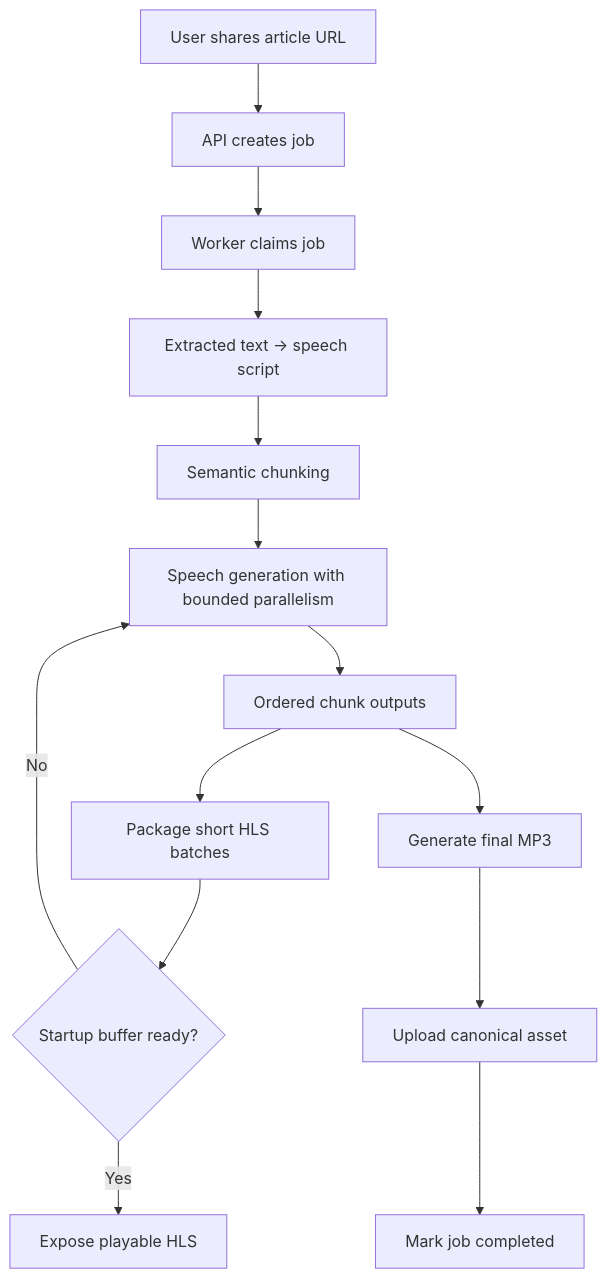
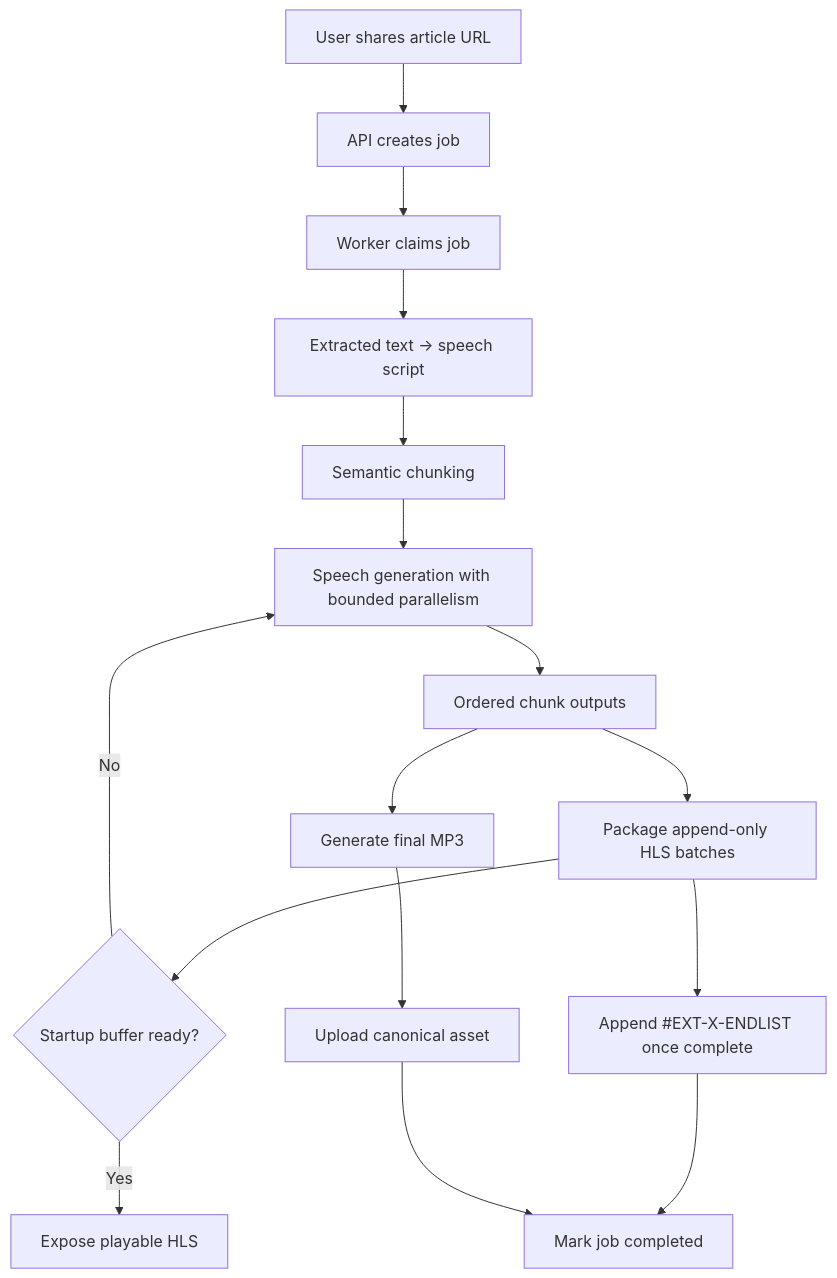
Before and after one commit to tomenden/hear-it: the second of 4 diagrams in docs/audio-pipeline-architecture.md, drawn with Mermaid. The commit also changed other lines of this file and 9 other files, not shown here.

Commit message:
docs: align local-dev tooling and architecture docs

````diff
--- a/docs/audio-pipeline-architecture.md
+++ b/docs/audio-pipeline-architecture.md
@@ -46,16 +47,18 @@
 ```mermaid
 flowchart TD
     A["User shares article URL"] --> B["API creates job"]
     B --> C["Worker claims job"]
     C --> D["Extracted text -> speech script"]
     D --> E["Semantic chunking"]
     E --> F["Speech generation with bounded parallelism"]
     F --> G["Ordered chunk outputs"]
-    G --> H["Package short HLS batches"]
+    G --> H["Package append-only HLS batches"]
     H --> I{"Startup buffer ready?"}
     I -- "No" --> F
     I -- "Yes" --> J["Expose playable HLS"]
     G --> K["Generate final MP3"]
-    K --> L["Upload canonical asset"]
-    L --> M["Mark job completed"]
+    H --> L["Append #EXT-X-ENDLIST once complete"]
+    K --> M["Upload canonical asset"]
+    L --> N["Mark job completed"]
+    M --> N
 ```
````
